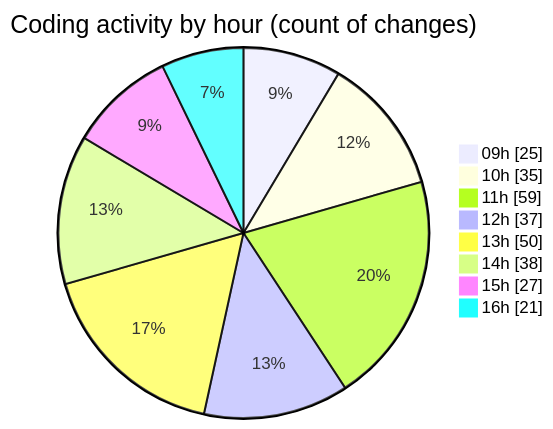
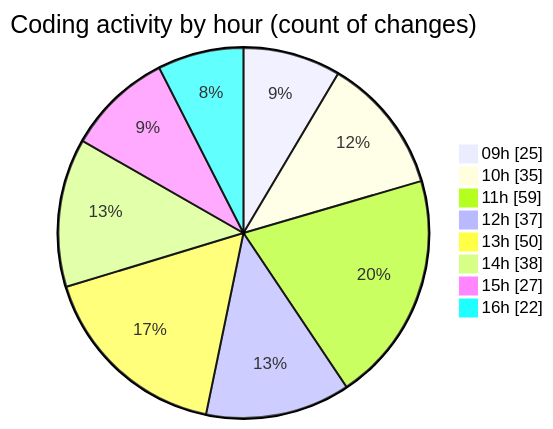
The second of 2 diagrams in 2025-08-22/cda/README.md (momahboobian/code-tracking), drawn with Mermaid before and after one commit. The commit also changed other lines of this file and 1 other file, not shown here.

````diff
--- a/2025-08-22/cda/README.md
+++ b/2025-08-22/cda/README.md
@@ -53,12 +53,12 @@
 ```mermaid
 pie showData
 title Coding activity by hour (count of changes)
 "09h" : 25
 "10h" : 35
 "11h" : 59
 "12h" : 37
 "13h" : 50
 "14h" : 38
 "15h" : 27
-"16h" : 21
+"16h" : 22
 ```
````
